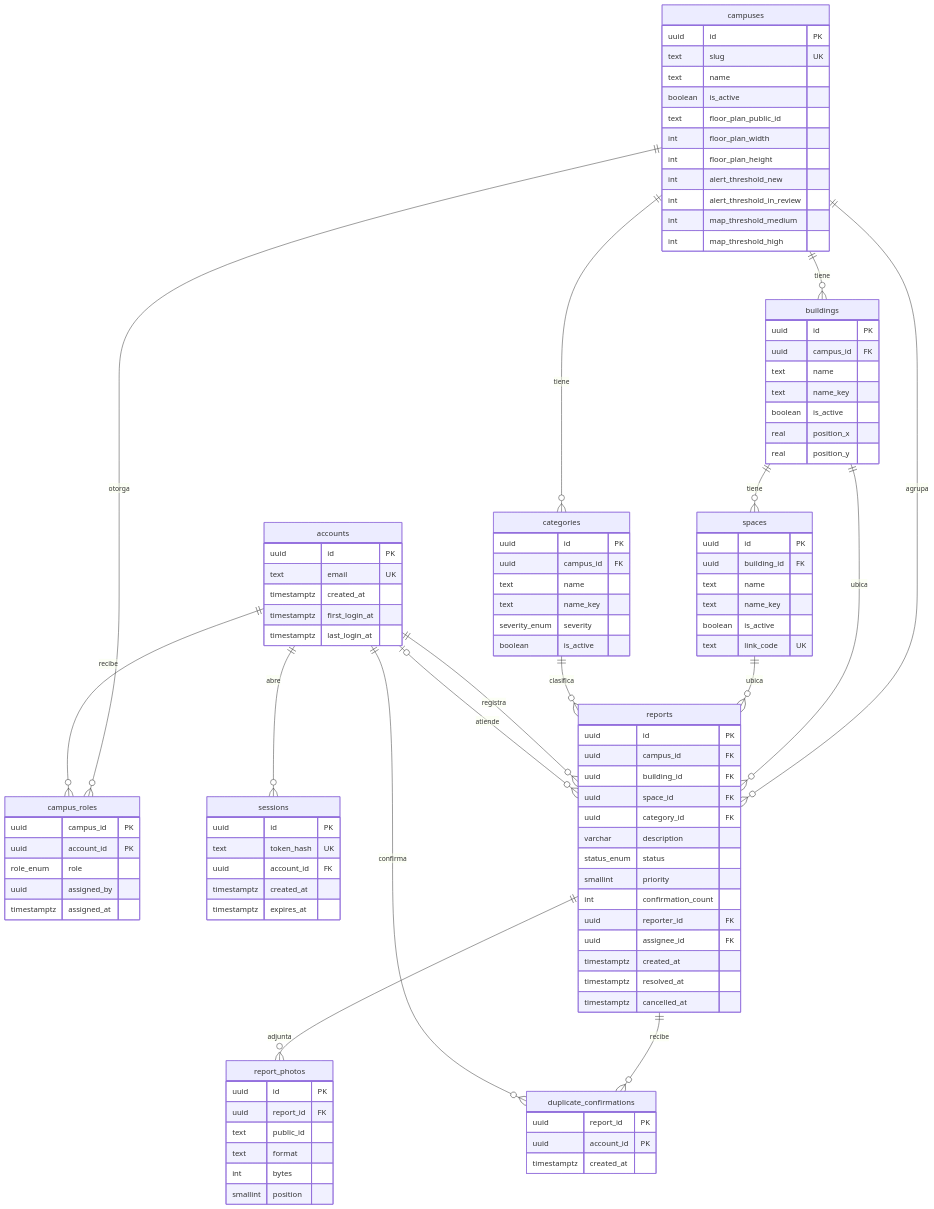
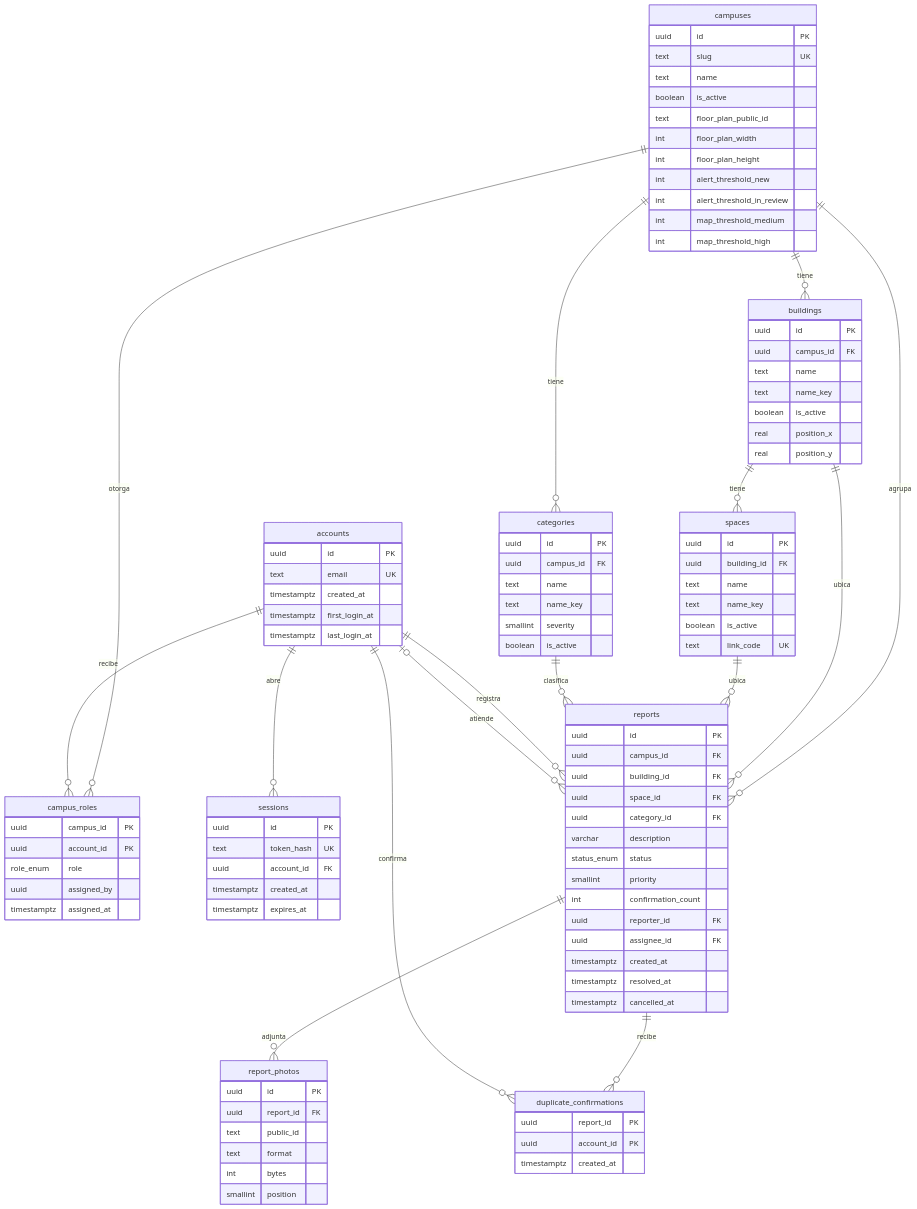
One commit to cima-fix/cima-fix changed the fourth of 10 diagrams in docs/cimafix_sdd.md. Above: the diagram before and after it, drawn with Mermaid. The commit also changed other lines of this file, not shown here.

```diff
--- a/docs/cimafix_sdd.md
+++ b/docs/cimafix_sdd.md
@@ -521,7 +527,7 @@
         uuid campus_id FK
         text name
         text name_key
-        severity_enum severity
+        smallint severity
         boolean is_active
     }
     reports {
```
